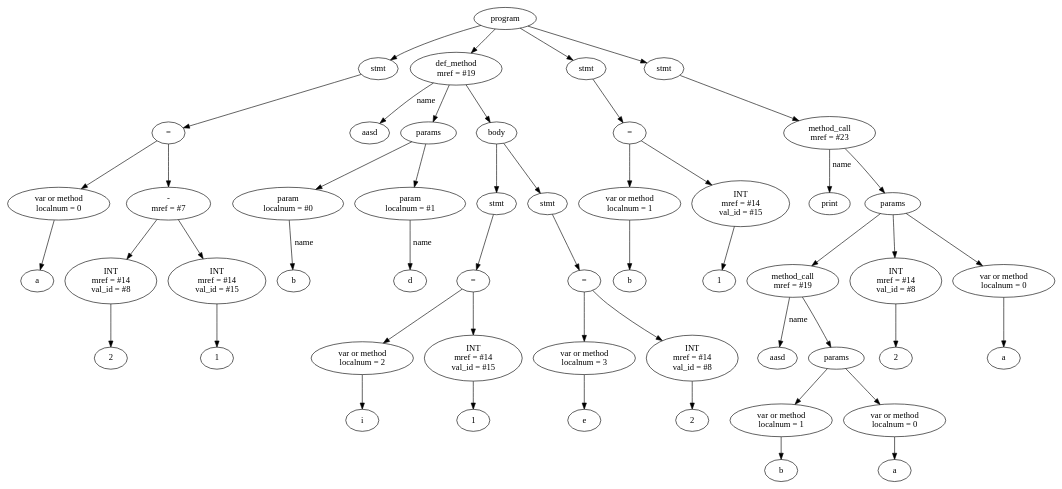
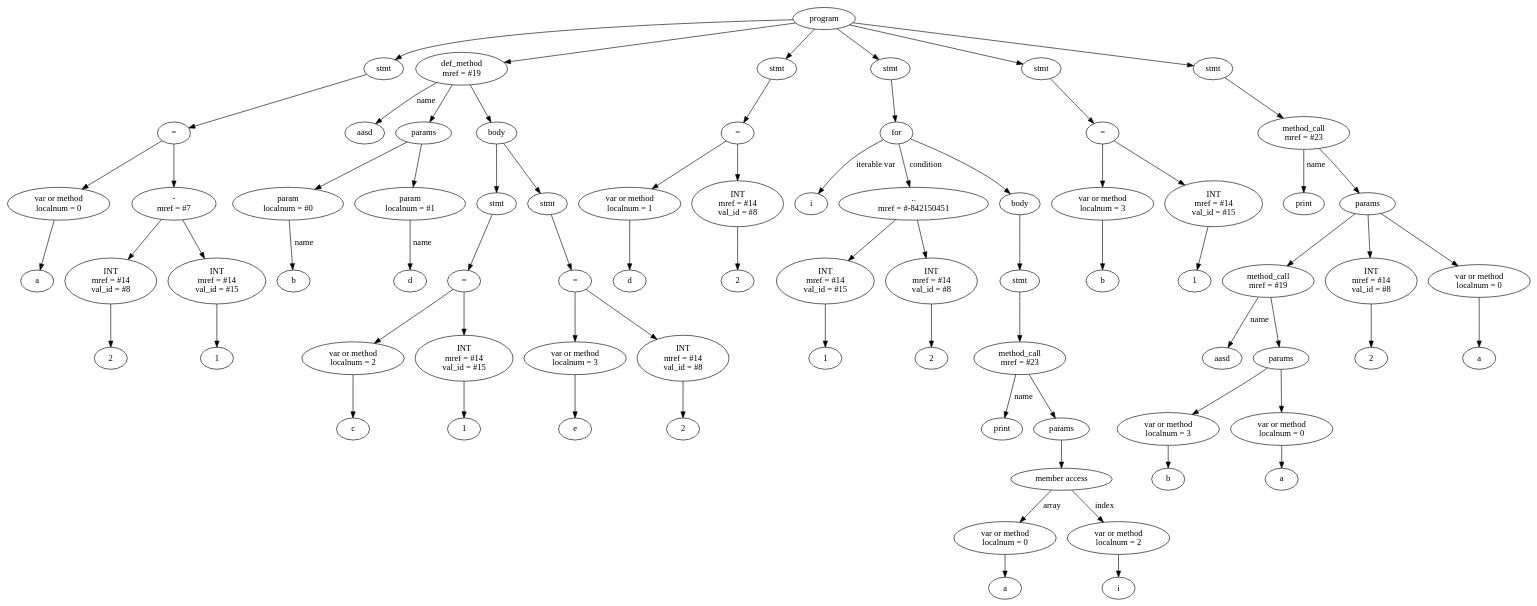
Before and after one commit to Kulakov-Nikita/RubyCompiler: the diagram in RubyCompiler/tree.dot, drawn with Graphviz. The commit also changed 3 other files, not shown here.

```diff
--- a/RubyCompiler/tree.dot
+++ b/RubyCompiler/tree.dot
@@ -1,103 +1,151 @@
 digraph G {
-Id00E05460 [label="program"]
-Id00E03E50 [label="stmt"]
-Id00E03DF0 [label="="]
-Id00DF51E8 [label="var or method\n localnum = 0"]
-IdVal00DF51E8 [label="a"]
-Id00DF51E8->IdVal00DF51E8
-Id00E03D90 [label="-\n mref = #7"]
-Id00E03CD0 [label="INT\n mref = #14\n val_id = #8"]
-IdVal00E03CD0 [label="2"]
-Id00E03CD0->IdVal00E03CD0
-Id00E03D30 [label="INT\n mref = #14\n val_id = #15"]
-IdVal00E03D30 [label="1"]
-Id00E03D30->IdVal00E03D30
-Id00E03D90->Id00E03CD0
-Id00E03D90->Id00E03D30
-Id00E03DF0->Id00DF51E8
-Id00E03DF0->Id00E03D90
-Id00E03E50->Id00E03DF0
-Id00E05460->Id00E03E50
-Id00E04A68 [label="def_method\n mref = #19"]
-IdName00E04A68 [label="aasd"]
-Id00E04A68->IdName00E04A68 [label = "name"]
-Id00DFE400 [label="params"]
-Id00E03EE0 [label="param\n localnum = #0"]
-Id00DFE400->Id00E03EE0
-IdNameVal00E03EE0 [label="b"]
-Id00E03EE0->IdNameVal00E03EE0 [label="name"]
-Id00E03F50 [label="param\n localnum = #1"]
-Id00DFE400->Id00E03F50
-IdNameVal00E03F50 [label="d"]
-Id00E03F50->IdNameVal00E03F50 [label="name"]
-Id00E04A68->Id00DFE400
-Id00DFE128 [label="body"]
-Id00E04688 [label="stmt"]
-Id00E04080 [label="="]
-Id00E03FC0 [label="var or method\n localnum = 2"]
-IdVal00E03FC0 [label="i"]
-Id00E03FC0->IdVal00E03FC0
-Id00E04020 [label="INT\n mref = #14\n val_id = #15"]
-IdVal00E04020 [label="1"]
-Id00E04020->IdVal00E04020
-Id00E04080->Id00E03FC0
-Id00E04080->Id00E04020
-Id00E04688->Id00E04080
-Id00DFE128->Id00E04688
-Id00E045E8 [label="stmt"]
-Id00E049D8 [label="="]
-Id00E04918 [label="var or method\n localnum = 3"]
-IdVal00E04918 [label="e"]
-Id00E04918->IdVal00E04918
-Id00E04978 [label="INT\n mref = #14\n val_id = #8"]
-IdVal00E04978 [label="2"]
-Id00E04978->IdVal00E04978
-Id00E049D8->Id00E04918
-Id00E049D8->Id00E04978
-Id00E045E8->Id00E049D8
-Id00DFE128->Id00E045E8
-Id00E04A68->Id00DFE128
-Id00E05460->Id00E04A68
-Id00E04368 [label="stmt"]
-Id00E04F30 [label="="]
-Id00E04AE8 [label="var or method\n localnum = 1"]
-IdVal00E04AE8 [label="b"]
-Id00E04AE8->IdVal00E04AE8
-Id00E05110 [label="INT\n mref = #14\n val_id = #15"]
-IdVal00E05110 [label="1"]
-Id00E05110->IdVal00E05110
-Id00E04F30->Id00E04AE8
-Id00E04F30->Id00E05110
-Id00E04368->Id00E04F30
-Id00E05460->Id00E04368
-Id00E04188 [label="stmt"]
-Id00E05170 [label="method_call\n mref = #23"]
-IdMethodNameVal00E05170 [label="print"]
-Id00E05170->IdMethodNameVal00E05170 [label="name"]
-Id00DFE2E8 [label="params"]
-Id00E05170->Id00DFE2E8
-Id00E04C30 [label="method_call\n mref = #19"]
-IdMethodNameVal00E04C30 [label="aasd"]
-Id00E04C30->IdMethodNameVal00E04C30 [label="name"]
-Id00DFE4A8 [label="params"]
-Id00E04C30->Id00DFE4A8
-Id00E050B0 [label="var or method\n localnum = 1"]
-IdVal00E050B0 [label="b"]
-Id00E050B0->IdVal00E050B0
-Id00DFE4A8->Id00E050B0
-Id00E052F0 [label="var or method\n localnum = 0"]
-IdVal00E052F0 [label="a"]
-Id00E052F0->IdVal00E052F0
-Id00DFE4A8->Id00E052F0
-Id00DFE2E8->Id00E04C30
-Id00E04C90 [label="INT\n mref = #14\n val_id = #8"]
-IdVal00E04C90 [label="2"]
-Id00E04C90->IdVal00E04C90
-Id00DFE2E8->Id00E04C90
-Id00E04ED0 [label="var or method\n localnum = 0"]
-IdVal00E04ED0 [label="a"]
-Id00E04ED0->IdVal00E04ED0
-Id00DFE2E8->Id00E04ED0
-Id00E04188->Id00E05170
-Id00E05460->Id00E04188
+Id00C95D50 [label="program"]
+Id00C93E50 [label="stmt"]
+Id00C93DF0 [label="="]
+Id00C851E8 [label="var or method\n localnum = 0"]
+IdVal00C851E8 [label="a"]
+Id00C851E8->IdVal00C851E8
+Id00C93D90 [label="-\n mref = #7"]
+Id00C93CD0 [label="INT\n mref = #14\n val_id = #8"]
+IdVal00C93CD0 [label="2"]
+Id00C93CD0->IdVal00C93CD0
+Id00C93D30 [label="INT\n mref = #14\n val_id = #15"]
+IdVal00C93D30 [label="1"]
+Id00C93D30->IdVal00C93D30
+Id00C93D90->Id00C93CD0
+Id00C93D90->Id00C93D30
+Id00C93DF0->Id00C851E8
+Id00C93DF0->Id00C93D90
+Id00C93E50->Id00C93DF0
+Id00C95D50->Id00C93E50
+Id00C94A68 [label="def_method\n mref = #19"]
+IdName00C94A68 [label="aasd"]
+Id00C94A68->IdName00C94A68 [label = "name"]
+Id00C8E588 [label="params"]
+Id00C93EE0 [label="param\n localnum = #0"]
+Id00C8E588->Id00C93EE0
+IdNameVal00C93EE0 [label="b"]
+Id00C93EE0->IdNameVal00C93EE0 [label="name"]
+Id00C93F50 [label="param\n localnum = #1"]
+Id00C8E588->Id00C93F50
+IdNameVal00C93F50 [label="d"]
+Id00C93F50->IdNameVal00C93F50 [label="name"]
+Id00C94A68->Id00C8E588
+Id00C8DFD8 [label="body"]
+Id00C94598 [label="stmt"]
+Id00C94080 [label="="]
+Id00C93FC0 [label="var or method\n localnum = 2"]
+IdVal00C93FC0 [label="c"]
+Id00C93FC0->IdVal00C93FC0
+Id00C94020 [label="INT\n mref = #14\n val_id = #15"]
+IdVal00C94020 [label="1"]
+Id00C94020->IdVal00C94020
+Id00C94080->Id00C93FC0
+Id00C94080->Id00C94020
+Id00C94598->Id00C94080
+Id00C8DFD8->Id00C94598
+Id00C94278 [label="stmt"]
+Id00C949D8 [label="="]
+Id00C94918 [label="var or method\n localnum = 3"]
+IdVal00C94918 [label="e"]
+Id00C94918->IdVal00C94918
+Id00C94978 [label="INT\n mref = #14\n val_id = #8"]
+IdVal00C94978 [label="2"]
+Id00C94978->IdVal00C94978
+Id00C949D8->Id00C94918
+Id00C949D8->Id00C94978
+Id00C94278->Id00C949D8
+Id00C8DFD8->Id00C94278
+Id00C94A68->Id00C8DFD8
+Id00C95D50->Id00C94A68
+Id00C94408 [label="stmt"]
+Id00C94E10 [label="="]
+Id00C94AE8 [label="var or method\n localnum = 1"]
+IdVal00C94AE8 [label="d"]
+Id00C94AE8->IdVal00C94AE8
+Id00C94C30 [label="INT\n mref = #14\n val_id = #8"]
+IdVal00C94C30 [label="2"]
+Id00C94C30->IdVal00C94C30
+Id00C94E10->Id00C94AE8
+Id00C94E10->Id00C94C30
+Id00C94408->Id00C94E10
+Id00C95D50->Id00C94408
+Id00C94688 [label="stmt"]
+Id00C95420 [label="for"]
+IdItersName00C95420 [label="i"]
+Id00C95420->IdItersName00C95420  [label="iterable var"]
+Id00C94BD0 [label="..\n mref = #-842150451"]
+Id00C94F90 [label="INT\n mref = #14\n val_id = #15"]
+IdVal00C94F90 [label="1"]
+Id00C94F90->IdVal00C94F90
+Id00C950B0 [label="INT\n mref = #14\n val_id = #8"]
+IdVal00C950B0 [label="2"]
+Id00C950B0->IdVal00C950B0
+Id00C94BD0->Id00C94F90
+Id00C94BD0->Id00C950B0
+Id00C95420->Id00C94BD0  [label="condition"]
+IdBody00C95420 [label="body"]
+Id00C947C8 [label="stmt"]
+Id00C94FF0 [label="method_call\n mref = #23"]
+IdMethodNameVal00C94FF0 [label="print"]
+Id00C94FF0->IdMethodNameVal00C94FF0 [label="name"]
+Id00C8E010 [label="params"]
+Id00C94FF0->Id00C8E010
+Id00C94CF0 [label = "member access"]
+Id00C95290 [label="var or method\n localnum = 0"]
+IdVal00C95290 [label="a"]
+Id00C95290->IdVal00C95290
+Id00C94C90 [label="var or method\n localnum = 2"]
+IdVal00C94C90 [label="i"]
+Id00C94C90->IdVal00C94C90
+Id00C94CF0->Id00C95290 [label = "array"]
+Id00C94CF0->Id00C94C90 [label = "index"]
+Id00C8E010->Id00C94CF0
+Id00C947C8->Id00C94FF0
+IdBody00C95420->Id00C947C8
+Id00C95420->IdBody00C95420
+Id00C94688->Id00C95420
+Id00C95D50->Id00C94688
+Id00C948B8 [label="stmt"]
+Id00C94B70 [label="="]
+Id00C95110 [label="var or method\n localnum = 3"]
+IdVal00C95110 [label="b"]
+Id00C95110->IdVal00C95110
+Id00C951D0 [label="INT\n mref = #14\n val_id = #15"]
+IdVal00C951D0 [label="1"]
+Id00C951D0->IdVal00C951D0
+Id00C94B70->Id00C95110
+Id00C94B70->Id00C951D0
+Id00C948B8->Id00C94B70
+Id00C95D50->Id00C948B8
+Id00C94638 [label="stmt"]
+Id00C94E70 [label="method_call\n mref = #23"]
+IdMethodNameVal00C94E70 [label="print"]
+Id00C94E70->IdMethodNameVal00C94E70 [label="name"]
+Id00C8E128 [label="params"]
+Id00C94E70->Id00C8E128
+Id00C95230 [label="method_call\n mref = #19"]
+IdMethodNameVal00C95230 [label="aasd"]
+Id00C95230->IdMethodNameVal00C95230 [label="name"]
+Id00C8E080 [label="params"]
+Id00C95230->Id00C8E080
+Id00C94D50 [label="var or method\n localnum = 3"]
+IdVal00C94D50 [label="b"]
+Id00C94D50->IdVal00C94D50
+Id00C8E080->Id00C94D50
+Id00C95170 [label="var or method\n localnum = 0"]
+IdVal00C95170 [label="a"]
+Id00C95170->IdVal00C95170
+Id00C8E080->Id00C95170
+Id00C8E128->Id00C95230
+Id00C94DB0 [label="INT\n mref = #14\n val_id = #8"]
+IdVal00C94DB0 [label="2"]
+Id00C94DB0->IdVal00C94DB0
+Id00C8E128->Id00C94DB0
+Id00C952F0 [label="var or method\n localnum = 0"]
+IdVal00C952F0 [label="a"]
+Id00C952F0->IdVal00C952F0
+Id00C8E128->Id00C952F0
+Id00C94638->Id00C94E70
+Id00C95D50->Id00C94638
 }
```
